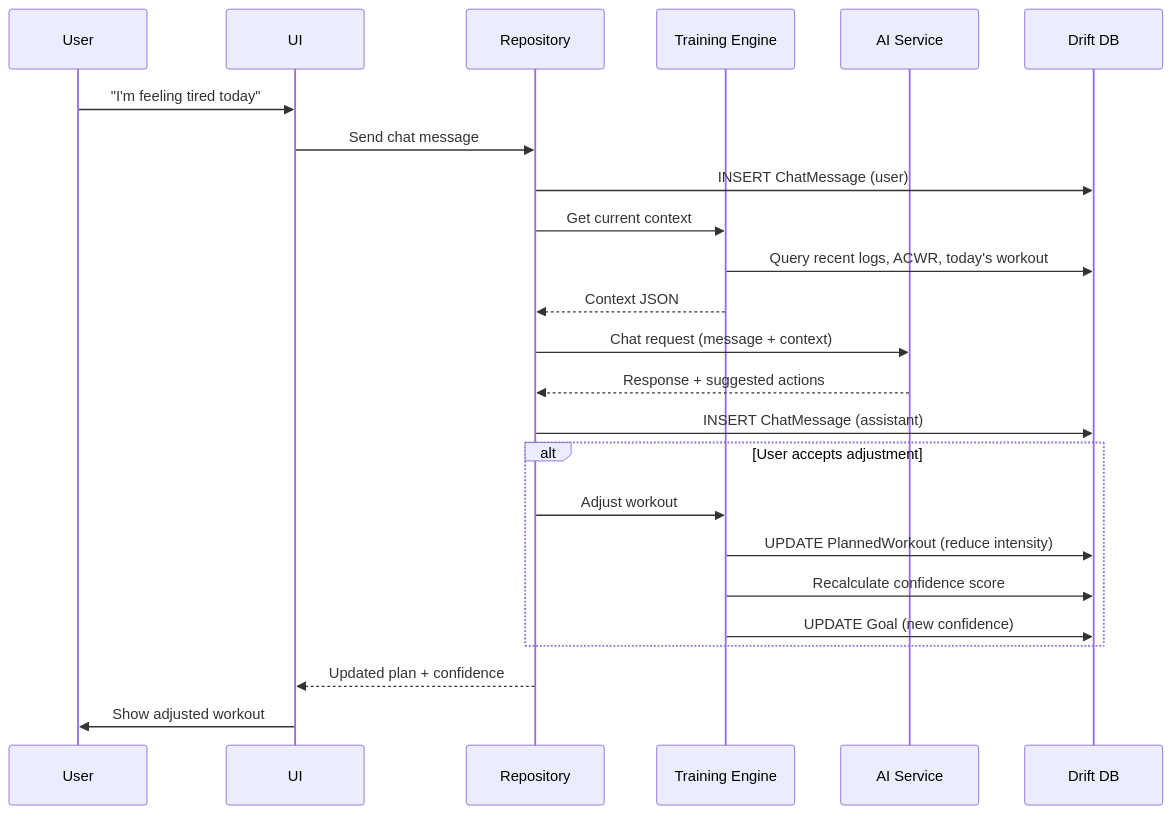
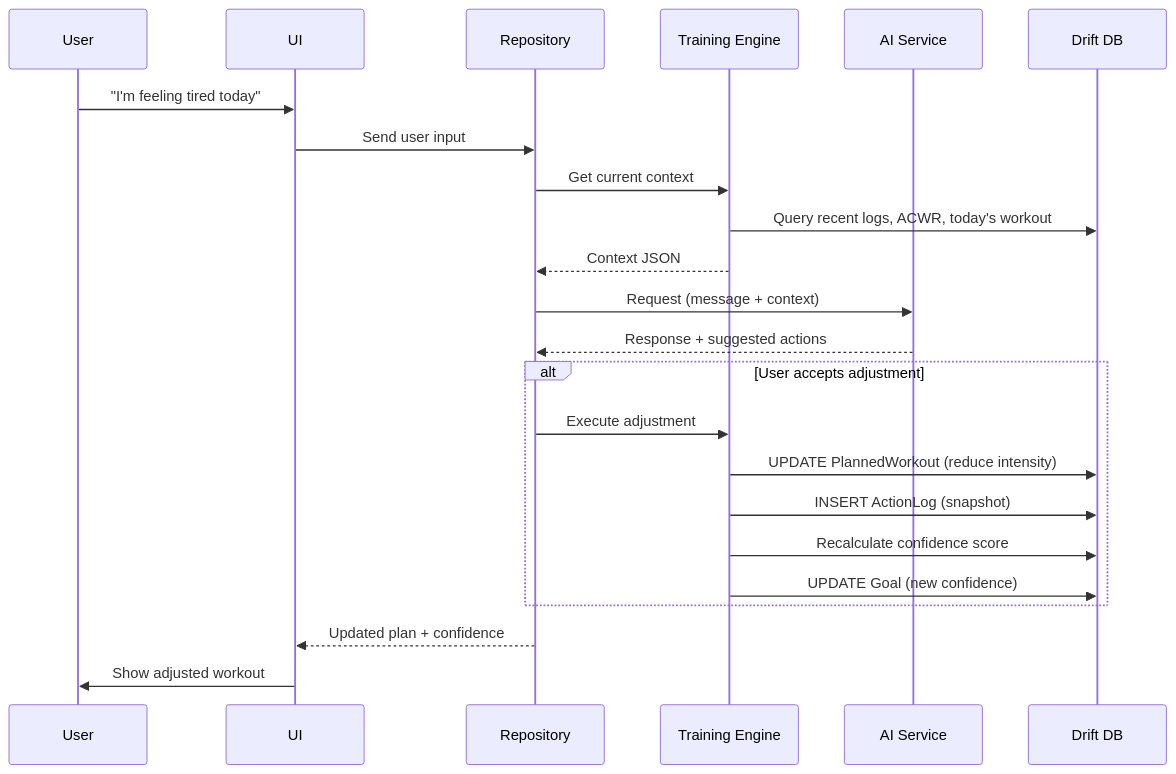
The third of 4 diagrams in docs/architecture/data_models.md (rooshimadethis/ash-trainer), drawn with Mermaid before and after one commit. The commit also changed other lines of this file and 3 other files, not shown here.

````diff
--- a/docs/architecture/data_models.md
+++ b/docs/architecture/data_models.md
@@ -878,32 +1016,30 @@
 ```mermaid
 sequenceDiagram
     participant User
     participant UI
     participant Repository
     participant Engine as Training Engine
     participant AI as AI Service
     participant DB as Drift DB
     
     User->>UI: "I'm feeling tired today"
-    UI->>Repository: Send chat message
-    Repository->>DB: INSERT ChatMessage (user)
+    UI->>Repository: Send user input
     
     Repository->>Engine: Get current context
     Engine->>DB: Query recent logs, ACWR, today's workout
     Engine-->>Repository: Context JSON
     
-    Repository->>AI: Chat request (message + context)
+    Repository->>AI: Request (message + context)
     AI-->>Repository: Response + suggested actions
     
-    Repository->>DB: INSERT ChatMessage (assistant)
-    
     alt User accepts adjustment
-        Repository->>Engine: Adjust workout
+        Repository->>Engine: Execute adjustment
         Engine->>DB: UPDATE PlannedWorkout (reduce intensity)
+        Engine->>DB: INSERT ActionLog (snapshot)
         Engine->>DB: Recalculate confidence score
         Engine->>DB: UPDATE Goal (new confidence)
     end
     
     Repository-->>UI: Updated plan + confidence
     UI->>User: Show adjusted workout
 ```
````
